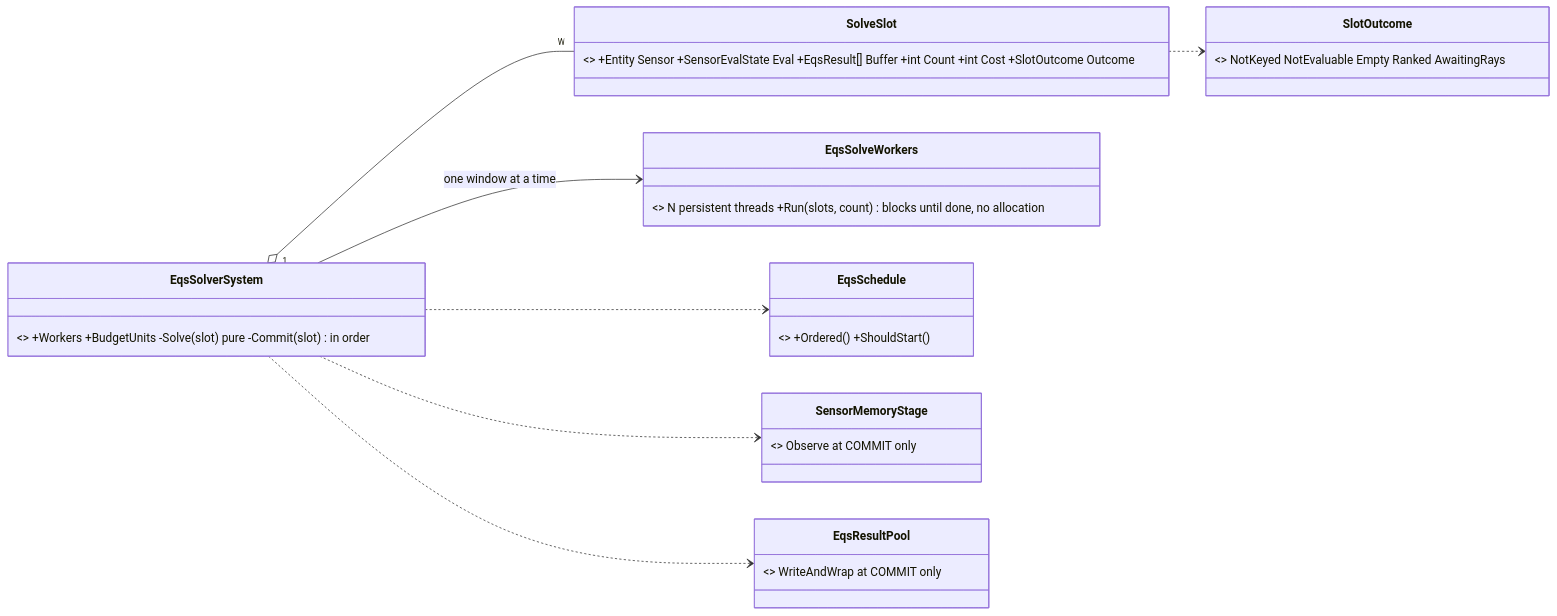
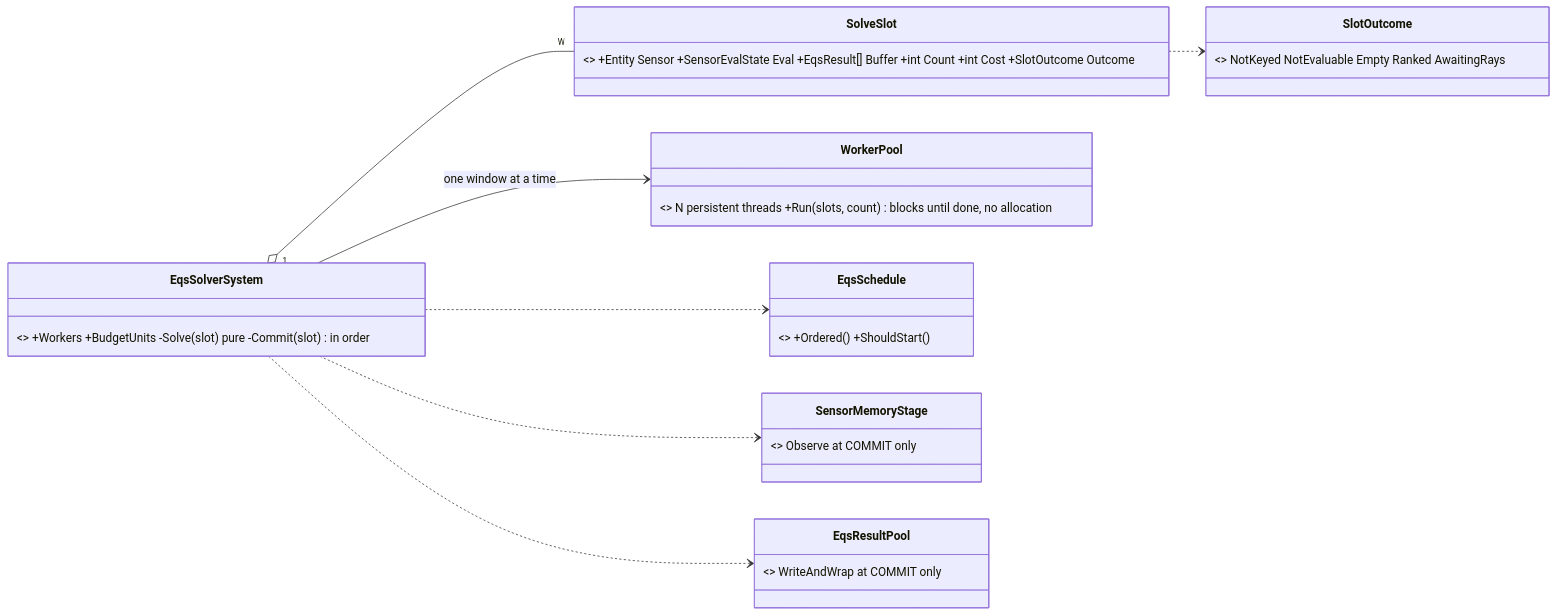
Before and after one commit to pjanec/HROT: diagram 14 of 44 in docs/DESIGN_Sensors_And_Doctrine.md, drawn with Mermaid. The commit also changed other lines of this file and 4 other files, not shown here.

````diff
--- a/docs/DESIGN_Sensors_And_Doctrine.md
+++ b/docs/DESIGN_Sensors_And_Doctrine.md
@@ -544,17 +544,17 @@
 ```mermaid
 classDiagram
   direction LR
   class EqsSolverSystem { <<existing, reworked>> +Workers +BudgetUnits -Solve(slot) pure -Commit(slot) in order }
   class SolveSlot { <<NEW, one per window place, reused>> +Entity Sensor +SensorEvalState Eval +EqsResult[] Buffer +int Count +int Cost +SlotOutcome Outcome }
   class SlotOutcome { <<NEW enum>> NotKeyed NotEvaluable Empty Ranked AwaitingRays }
-  class EqsSolveWorkers { <<NEW>> N persistent threads +Run(slots, count) blocks until done, no allocation }
+  class WorkerPool { <<NEW, was EqsSolveWorkers; Fdp.ModuleHost.Threading since N-1>> N persistent threads +Run(slots, count) blocks until done, no allocation }
   class EqsSchedule { <<existing, unchanged>> +Ordered() +ShouldStart() }
   class SensorMemoryStage { <<existing>> Observe at COMMIT only }
   class EqsResultPool { <<existing>> WriteAndWrap at COMMIT only }
-  EqsSolverSystem --> EqsSolveWorkers : one window at a time
+  EqsSolverSystem --> WorkerPool : one window at a time
   EqsSolverSystem "1" o-- "W" SolveSlot
   SolveSlot ..> SlotOutcome
   EqsSolverSystem ..> EqsSchedule
   EqsSolverSystem ..> SensorMemoryStage
   EqsSolverSystem ..> EqsResultPool
 ```
````
